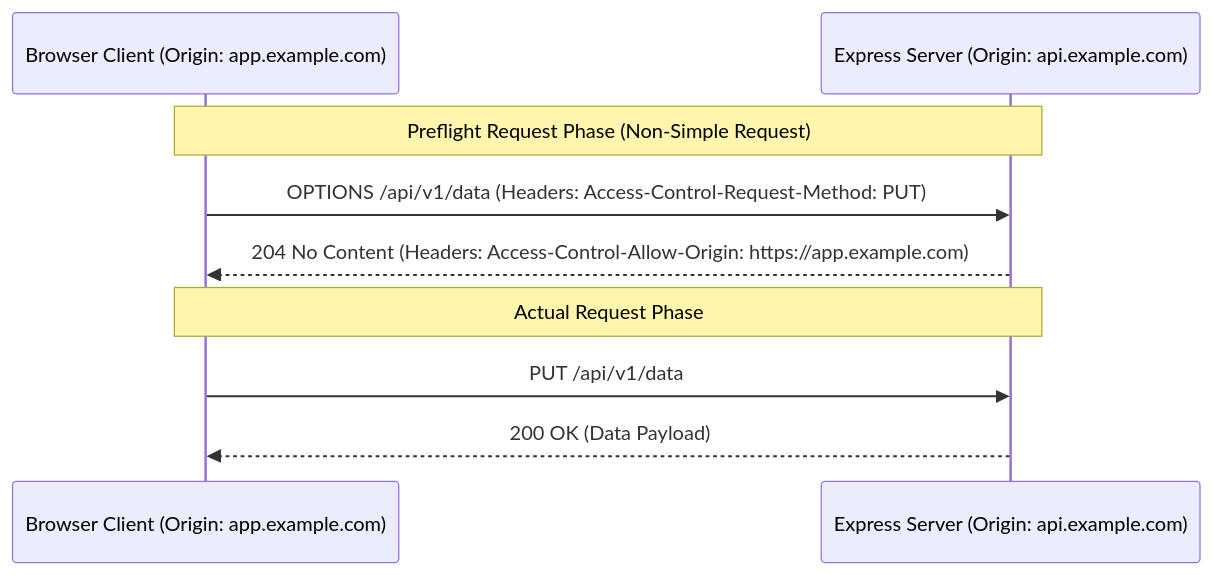
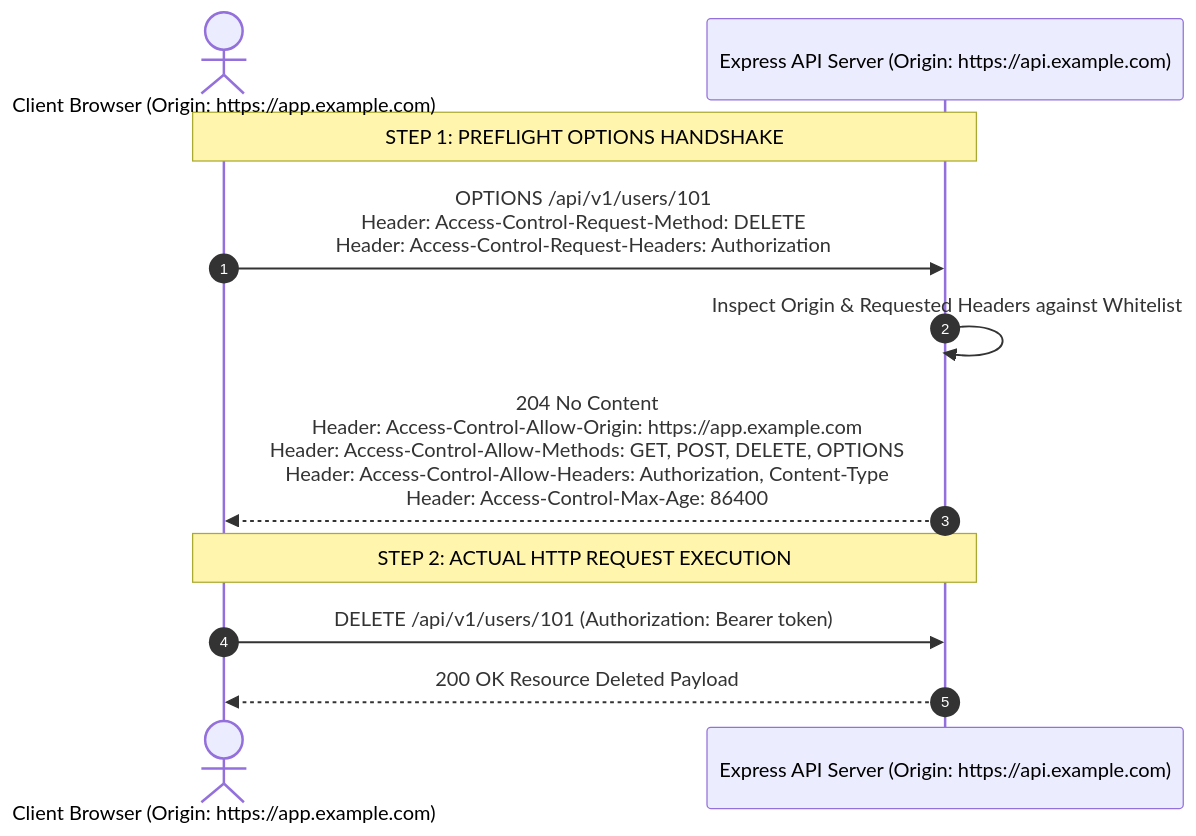
The first of 3 diagrams in express-notes/17-cors-from-scratch.md (Amie-dev/engineering-playbook), drawn with Mermaid before and after one commit. The commit also changed other lines of this file and 26 other files, not shown here.

````diff
--- a/express-notes/17-cors-from-scratch.md
+++ b/express-notes/17-cors-from-scratch.md
@@ -10,13 +15,16 @@
 ```mermaid
 sequenceDiagram
-    participant Browser as Browser Client (Origin: app.example.com)
-    participant Server as Express Server (Origin: api.example.com)
+    autonumber
+    actor Browser as Client Browser (Origin: https://app.example.com)
+    participant Express as Express API Server (Origin: https://api.example.com)
 
-    Note over Browser,Server: Preflight Request Phase (Non-Simple Request)
-    Browser->>Server: OPTIONS /api/v1/data (Headers: Access-Control-Request-Method: PUT)
-    Server-->>Browser: 204 No Content (Headers: Access-Control-Allow-Origin: https://app.example.com)
+    note over Browser,Express: STEP 1: PREFLIGHT OPTIONS HANDSHAKE
+    Browser->>Express: OPTIONS /api/v1/users/101<br/>Header: Access-Control-Request-Method: DELETE<br/>Header: Access-Control-Request-Headers: Authorization
     
-    Note over Browser,Server: Actual Request Phase
-    Browser->>Server: PUT /api/v1/data
-    Server-->>Browser: 200 OK (Data Payload)
+    Express->>Express: Inspect Origin & Requested Headers against Whitelist
+    Express-->>Browser: 204 No Content<br/>Header: Access-Control-Allow-Origin: https://app.example.com<br/>Header: Access-Control-Allow-Methods: GET, POST, DELETE, OPTIONS<br/>Header: Access-Control-Allow-Headers: Authorization, Content-Type<br/>Header: Access-Control-Max-Age: 86400
+
+    note over Browser,Express: STEP 2: ACTUAL HTTP REQUEST EXECUTION
+    Browser->>Express: DELETE /api/v1/users/101 (Authorization: Bearer token)
+    Express-->>Browser: 200 OK Resource Deleted Payload
 ```
````
